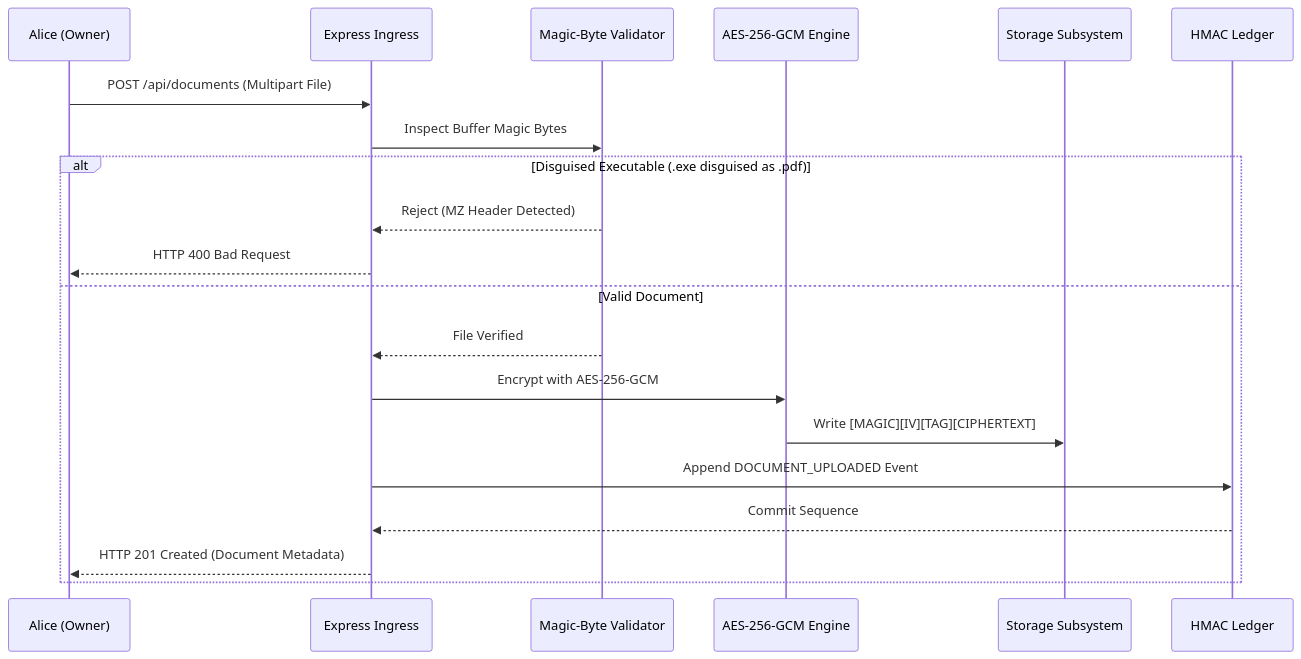
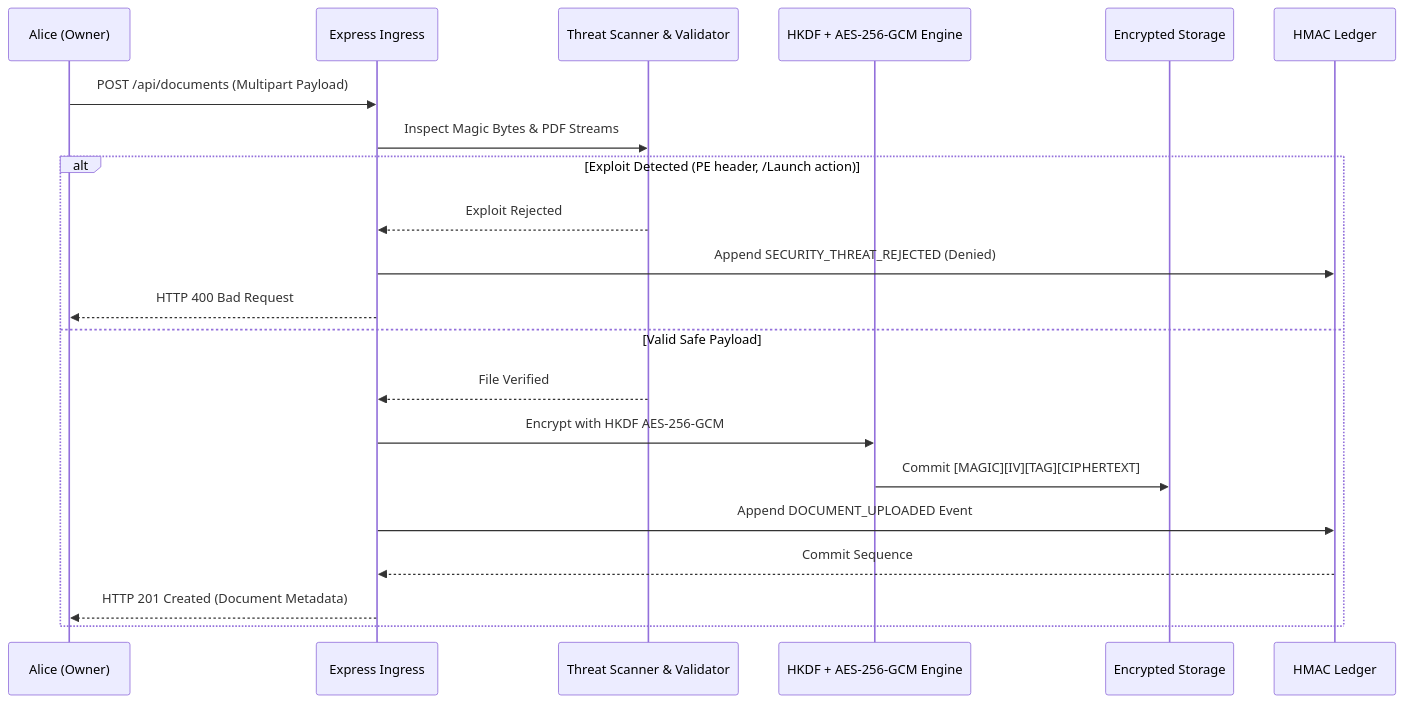
One commit to surendravarikallu/trustvault changed the second of 2 diagrams in doc/SYSTEM_DESIGN_DOCUMENT.md. Above: the diagram before and after it, drawn with Mermaid. The commit also changed other lines of this file and 8 other files, not shown here.

````diff
--- a/doc/SYSTEM_DESIGN_DOCUMENT.md
+++ b/doc/SYSTEM_DESIGN_DOCUMENT.md
@@ -56,23 +65,24 @@
 ```mermaid
 sequenceDiagram
     participant User as Alice (Owner)
     participant Server as Express Ingress
-    participant Inspector as Magic-Byte Validator
-    participant Crypto as AES-256-GCM Engine
-    participant Disk as Storage Subsystem
+    participant Inspector as Threat Scanner & Validator
+    participant Crypto as HKDF + AES-256-GCM Engine
+    participant Disk as Encrypted Storage
     participant Audit as HMAC Ledger
 
-    User->>Server: POST /api/documents (Multipart File)
-    Server->>Inspector: Inspect Buffer Magic Bytes
-    alt Disguised Executable (.exe disguised as .pdf)
-        Inspector-->>Server: Reject (MZ Header Detected)
+    User->>Server: POST /api/documents (Multipart Payload)
+    Server->>Inspector: Inspect Magic Bytes & PDF Streams
+    alt Exploit Detected (PE header, /Launch action)
+        Inspector-->>Server: Exploit Rejected
+        Server->>Audit: Append SECURITY_THREAT_REJECTED (Denied)
         Server-->>User: HTTP 400 Bad Request
-    else Valid Document
+    else Valid Safe Payload
         Inspector-->>Server: File Verified
-        Server->>Crypto: Encrypt with AES-256-GCM
-        Crypto->>Disk: Write [MAGIC][IV][TAG][CIPHERTEXT]
+        Server->>Crypto: Encrypt with HKDF AES-256-GCM
+        Crypto->>Disk: Commit [MAGIC][IV][TAG][CIPHERTEXT]
         Server->>Audit: Append DOCUMENT_UPLOADED Event
         Audit-->>Server: Commit Sequence #N
         Server-->>User: HTTP 201 Created (Document Metadata)
     end
 ```
````
